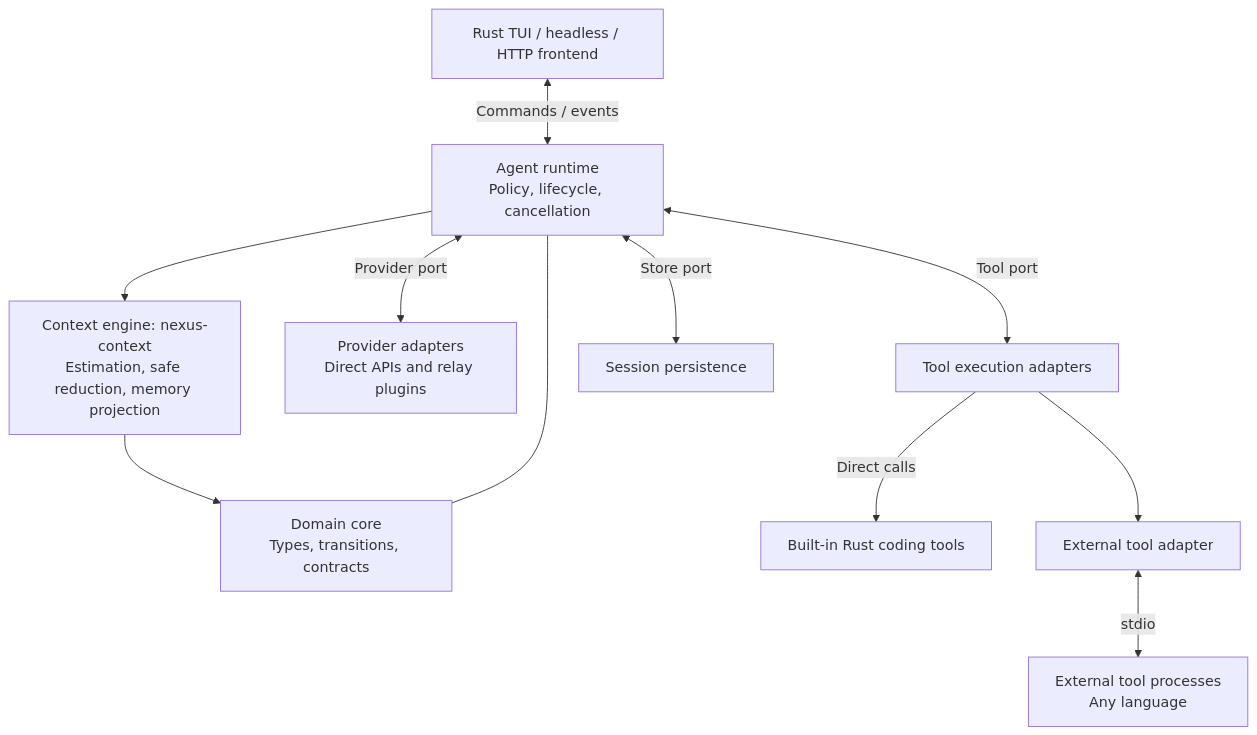
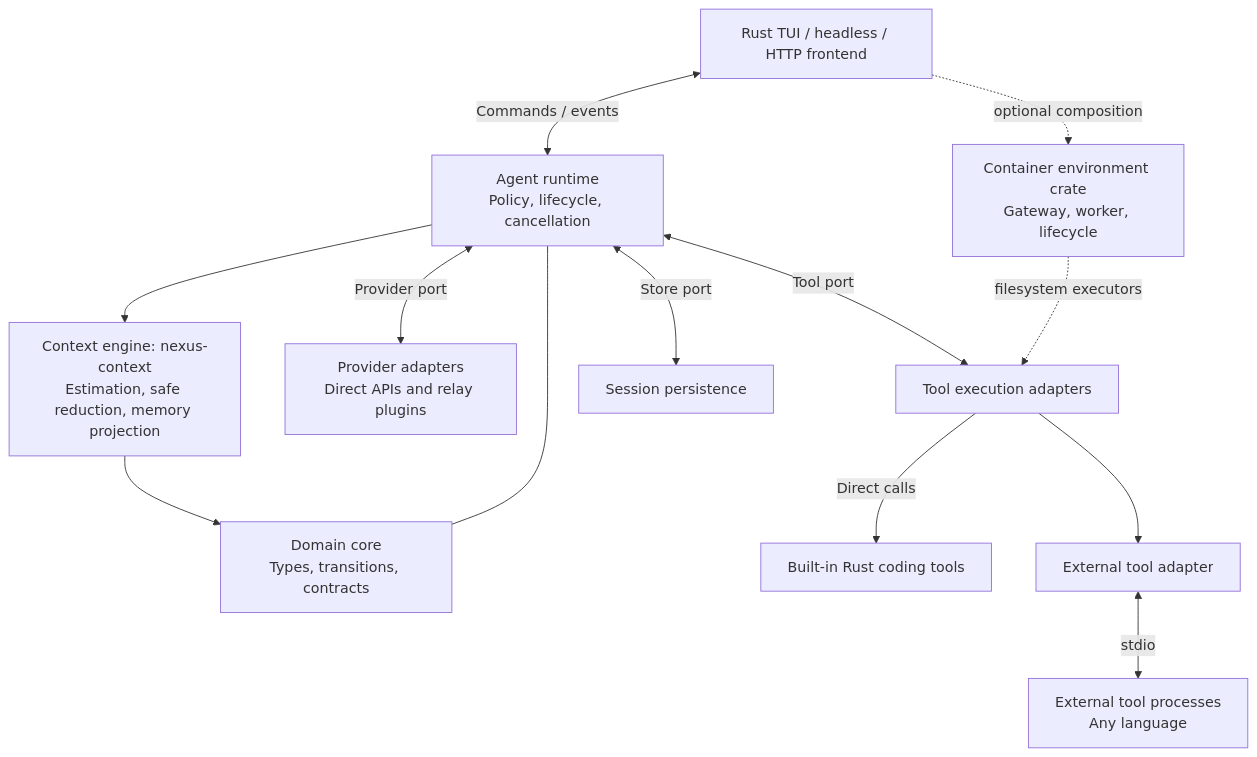
Before and after one commit to immane/nexus-agent: the first of 3 diagrams in README.md, drawn with Mermaid. The commit also changed other lines of this file and 30 other files, not shown here.

First line of the commit message:
refactor(container): extract nexus-container crate

````diff
--- a/README.md
+++ b/README.md
@@ -90,24 +90,27 @@
 ```mermaid
 flowchart TB
     Frontend["Rust TUI / headless / HTTP frontend"]
     Core["Domain core<br/>Types, transitions, contracts"]
     Runtime["Agent runtime<br/>Policy, lifecycle, cancellation"]
     Context["Context engine: nexus-context<br/>Estimation, safe reduction, memory projection"]
     Provider["Provider adapters<br/>Direct APIs and relay plugins"]
     Tools["Tool execution adapters"]
+    Container["Container environment crate<br/>Gateway, worker, lifecycle"]
     Store["Session persistence"]
     Builtin["Built-in Rust coding tools"]
     Bridge["External tool adapter"]
     Plugins["External tool processes<br/>Any language"]
 
     Frontend <-->|Commands / events| Runtime
+    Frontend -. "optional composition" .-> Container
     Core --- Runtime
     Runtime --> Context
     Context --> Core
     Runtime <-->|Provider port| Provider
     Runtime <-->|Tool port| Tools
+    Container -. "filesystem executors" .-> Tools
     Runtime <-->|Store port| Store
     Tools -->|Direct calls| Builtin
     Tools --> Bridge
     Bridge <-->|stdio| Plugins
 ```
````
